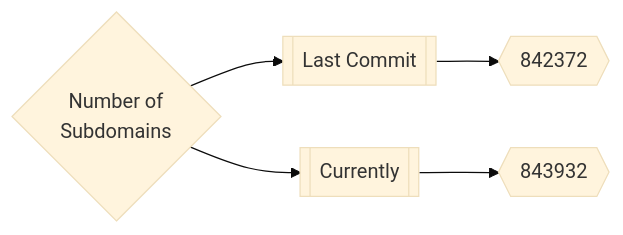
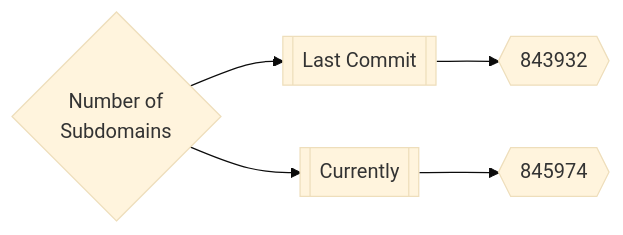
One commit to trickest/inventory changed the first of 3 diagrams in README.md. Above: the diagram before and after it, drawn with Mermaid (base theme). The commit also changed other lines of this file, not shown here.

Commit message:
Update README.md Wed Jun  1 14:23:54 UTC 2022

````diff
--- a/README.md
+++ b/README.md
@@ -165,5 +165,5 @@
 ```mermaid
 graph LR
-title{Number of<br>Subdomains} --> subdomainsDate1[[Last Commit]] --> subdomainsNum1{{842372}}
-title --> subdomainsDate2[[Currently]] --> subdomainsNum2{{843932}}
+title{Number of<br>Subdomains} --> subdomainsDate1[[Last Commit]] --> subdomainsNum1{{843932}}
+title --> subdomainsDate2[[Currently]] --> subdomainsNum2{{845974}}
 ```
````
